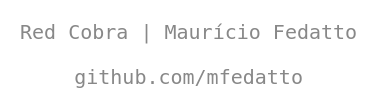
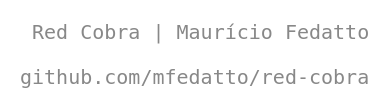
The diagram in doc/_defaults.puml (mfedatto/red-cobra), drawn with PlantUML before and after one commit. The commit also changed 2 other files, not shown here.

Commit message:
erd: rental plans

```diff
--- a/doc/_defaults.puml
+++ b/doc/_defaults.puml
@@ -1,5 +1,5 @@
 header "Red Cobra | Maurício Fedatto"
-footer "github.com/mfedatto"
+footer "github.com/mfedatto/red-cobra"
 
 skinparam DefaultFontName 'Consolas', monospaced
 skinparam DefaultFontSize 12
```
